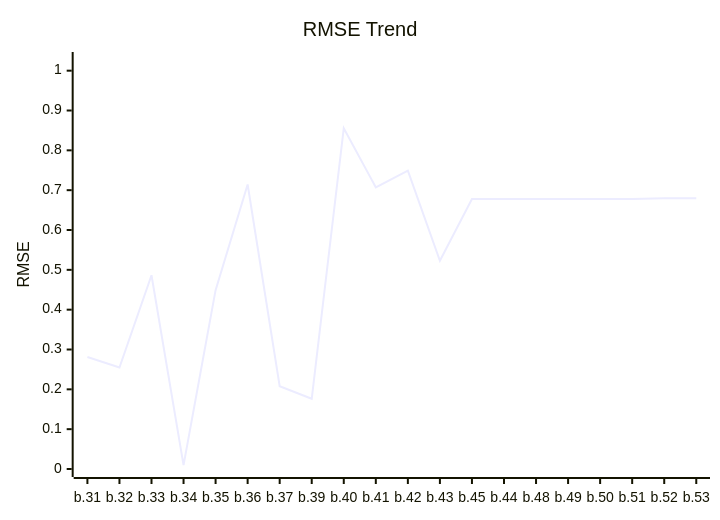
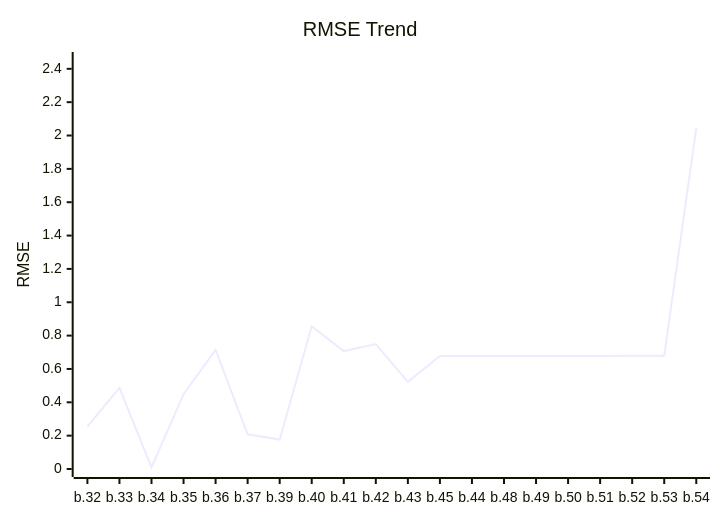
One commit to timo-eberl/tracy changed the first of 2 diagrams in README.md. Above: the diagram before and after it, drawn with Mermaid. The commit also changed other lines of this file and 3 other files, not shown here.

````diff
--- a/README.md
+++ b/README.md
@@ -13,7 +13,7 @@
 ```mermaid
 xychart-beta
     title "RMSE Trend"
-    x-axis ["b.31", "b.32", "b.33", "b.34", "b.35", "b.36", "b.37", "b.39", "b.40", "b.41", "b.42", "b.43", "b.45", "b.44", "b.48", "b.49", "b.50", "b.51", "b.52", "b.53"]
-    y-axis "RMSE" 0 --> 1.0268
-    line [0.2812, 0.2549, 0.4864, 0.0098, 0.4489, 0.7142, 0.2079, 0.1763, 0.8557, 0.7071, 0.749, 0.5226, 0.677836, 0.677984, 0.678, 0.678, 0.678, 0.6778, 0.6796, 0.6796]
+    x-axis ["b.32", "b.33", "b.34", "b.35", "b.36", "b.37", "b.39", "b.40", "b.41", "b.42", "b.43", "b.45", "b.44", "b.48", "b.49", "b.50", "b.51", "b.52", "b.53", "b.54"]
+    y-axis "RMSE" 0 --> 2.4529
+    line [0.2549, 0.4864, 0.0098, 0.4489, 0.7142, 0.2079, 0.1763, 0.8557, 0.7071, 0.749, 0.5226, 0.677836, 0.677984, 0.678, 0.678, 0.678, 0.6778, 0.6796, 0.6796, 2.0441]
 ```
````
